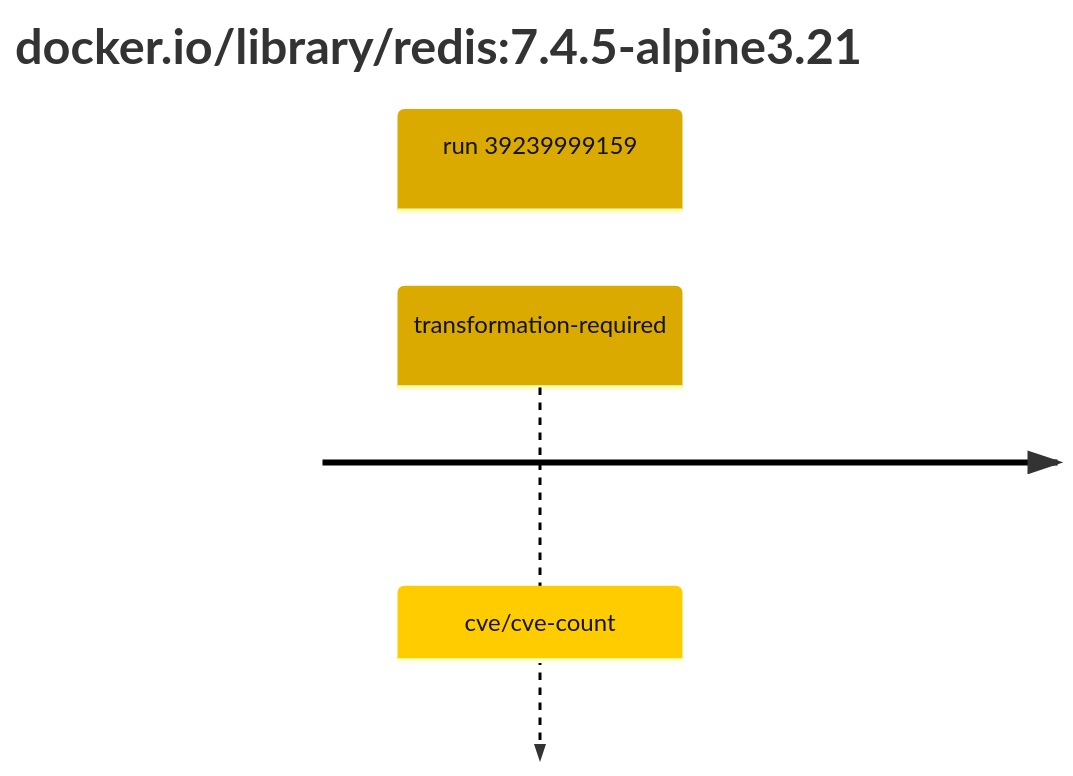
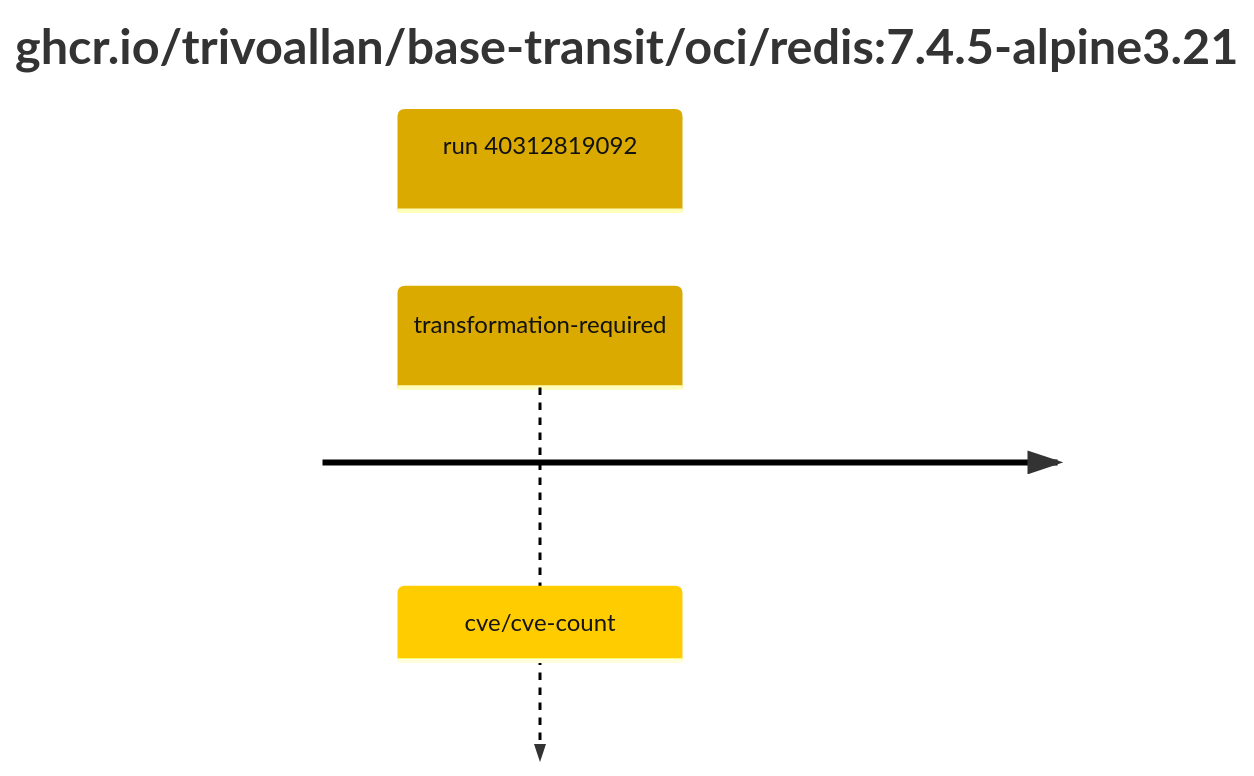
One commit to trivoallan/base-images changed the second of 2 diagrams in results/reports/redis-7/sha256:bb186d083732f669da90be8b0f975a37812b15e913465bb14d845db72a4e3e08/39239999159-1.md. Above: the diagram before and after it, drawn with Mermaid. The commit also changed other lines of this file and 28 other files, not shown here.

````diff
--- a/results/reports/redis-7/sha256:bb186d083732f669da90be8b0f975a37812b15e913465bb14d845db72a4e3e08/39239999159-1.md
+++ b/results/reports/redis-7/sha256:bb186d083732f669da90be8b0f975a37812b15e913465bb14d845db72a4e3e08/39239999159-1.md
@@ -5,7 +24,7 @@
 ```mermaid
 %%{init: {"theme": "default", "themeVariables": {"cScale0": "#daaa00", "cScaleLabel0": "#121212"}}}%%
 timeline
-    title docker.io/library/redis#58;7.4.5-alpine3.21
-    section run 39239999159
+    title ghcr.io/trivoallan/base-transit/oci/redis#58;7.4.5-alpine3.21
+    section run 40312819092
         transformation-required : cve/cve-count
 ```
````
